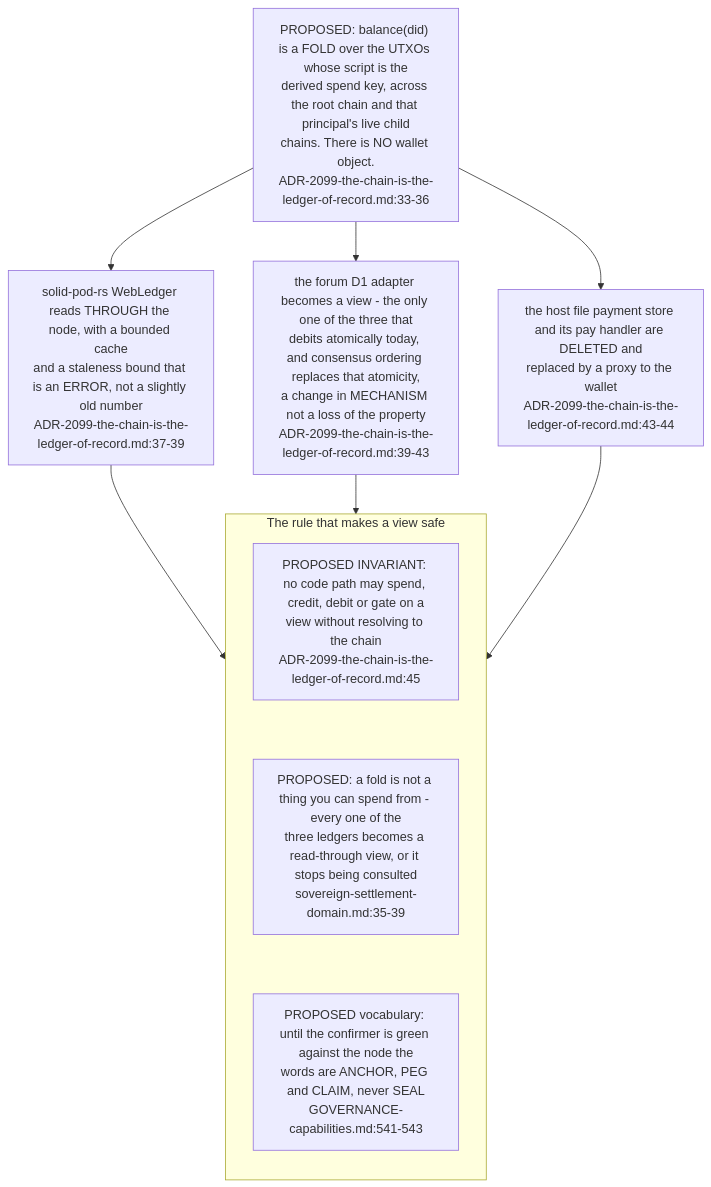
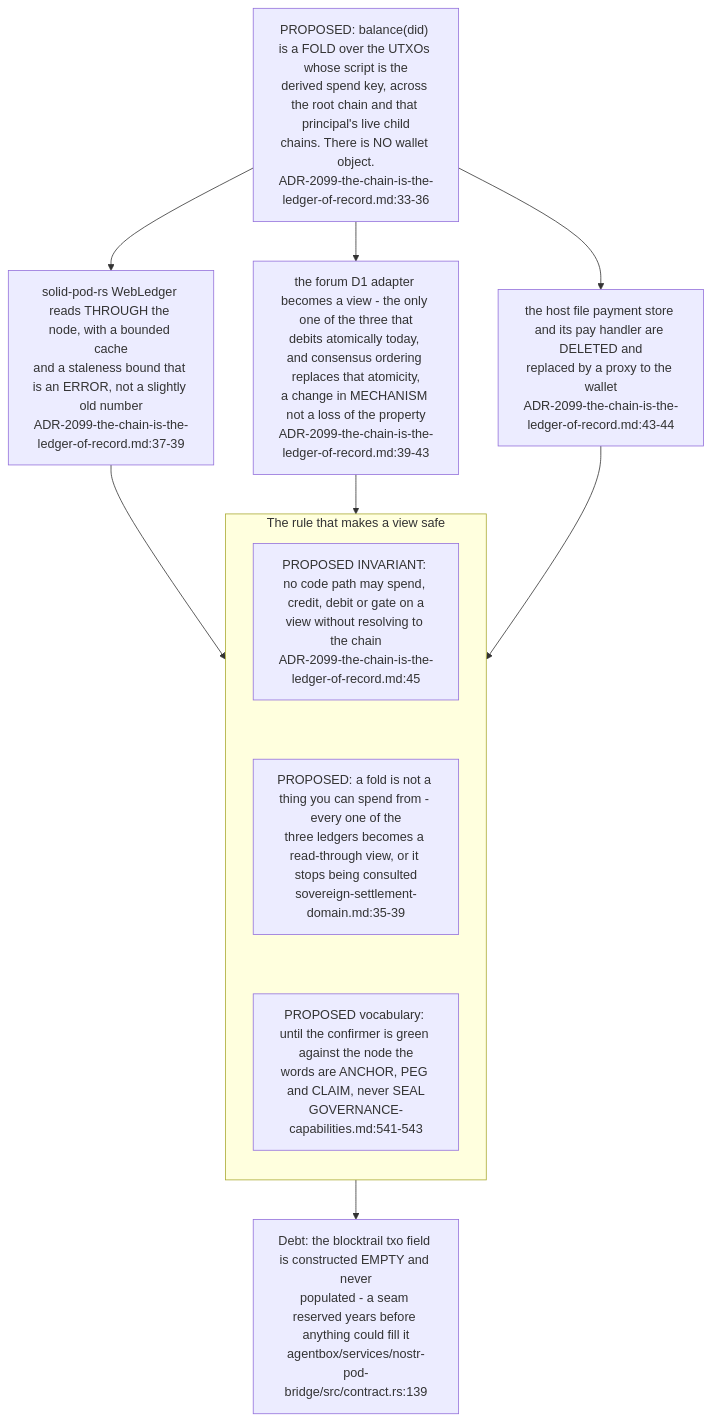
Before and after one commit to DreamLab-AI/VisionFlow: the fourth of 7 diagrams in docs/diagrams/agentbox/31-sovereign-settlement.md, drawn with Mermaid. The commit also changed other lines of this file and 136 other files, not shown here.

First line of the commit message:
docs(diagrams): refresh the whole corpus to code HEAD and prune low-value diagrams

````diff
--- a/docs/diagrams/agentbox/31-sovereign-settlement.md
+++ b/docs/diagrams/agentbox/31-sovereign-settlement.md
@@ -221,17 +167,18 @@
 ```mermaid
 flowchart TB
     FOLD["PROPOSED: balance(did) is a FOLD over the UTXOs whose script is the<br/>derived spend key, across the root chain and that principal's live child<br/>chains. There is NO wallet object.<br/>ADR-2099-the-chain-is-the-ledger-of-record.md:33-36"]
     FOLD --> V1["solid-pod-rs WebLedger reads THROUGH the node, with a bounded cache<br/>and a staleness bound that is an ERROR, not a slightly old number<br/>ADR-2099-the-chain-is-the-ledger-of-record.md:37-39"]
     FOLD --> V2["the forum D1 adapter becomes a view - the only one of the three that<br/>debits atomically today, and consensus ordering replaces that atomicity,<br/>a change in MECHANISM not a loss of the property<br/>ADR-2099-the-chain-is-the-ledger-of-record.md:39-43"]
     FOLD --> V3["the host file payment store and its pay handler are DELETED and<br/>replaced by a proxy to the wallet<br/>ADR-2099-the-chain-is-the-ledger-of-record.md:43-44"]
     subgraph rule["The rule that makes a view safe"]
         direction TB
         R1["PROPOSED INVARIANT: no code path may spend, credit, debit or gate on a<br/>view without resolving to the chain<br/>ADR-2099-the-chain-is-the-ledger-of-record.md:45"]
         R2["PROPOSED: a fold is not a thing you can spend from - every one of the<br/>three ledgers becomes a read-through view, or it stops being consulted<br/>sovereign-settlement-domain.md:35-39"]
         R3["PROPOSED vocabulary: until the confirmer is green against the node the<br/>words are ANCHOR, PEG and CLAIM, never SEAL<br/>GOVERNANCE-capabilities.md:541-543"]
         R1 ~~~ R2 ~~~ R3
     end
     V1 --> rule
     V2 --> rule
     V3 --> rule
+    rule --> DEBT["Debt: the blocktrail txo field is constructed EMPTY and never<br/>populated - a seam reserved years before anything could fill it<br/>agentbox/services/nostr-pod-bridge/src/contract.rs:139"]
 ```
````
